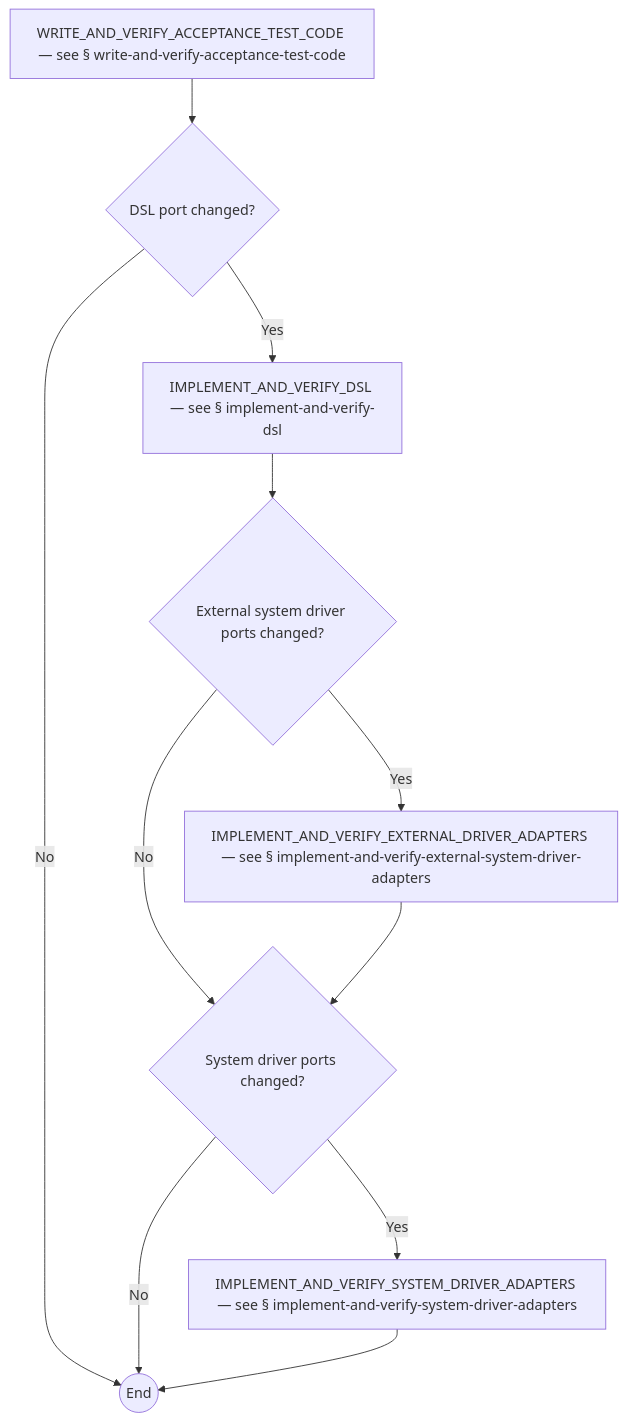
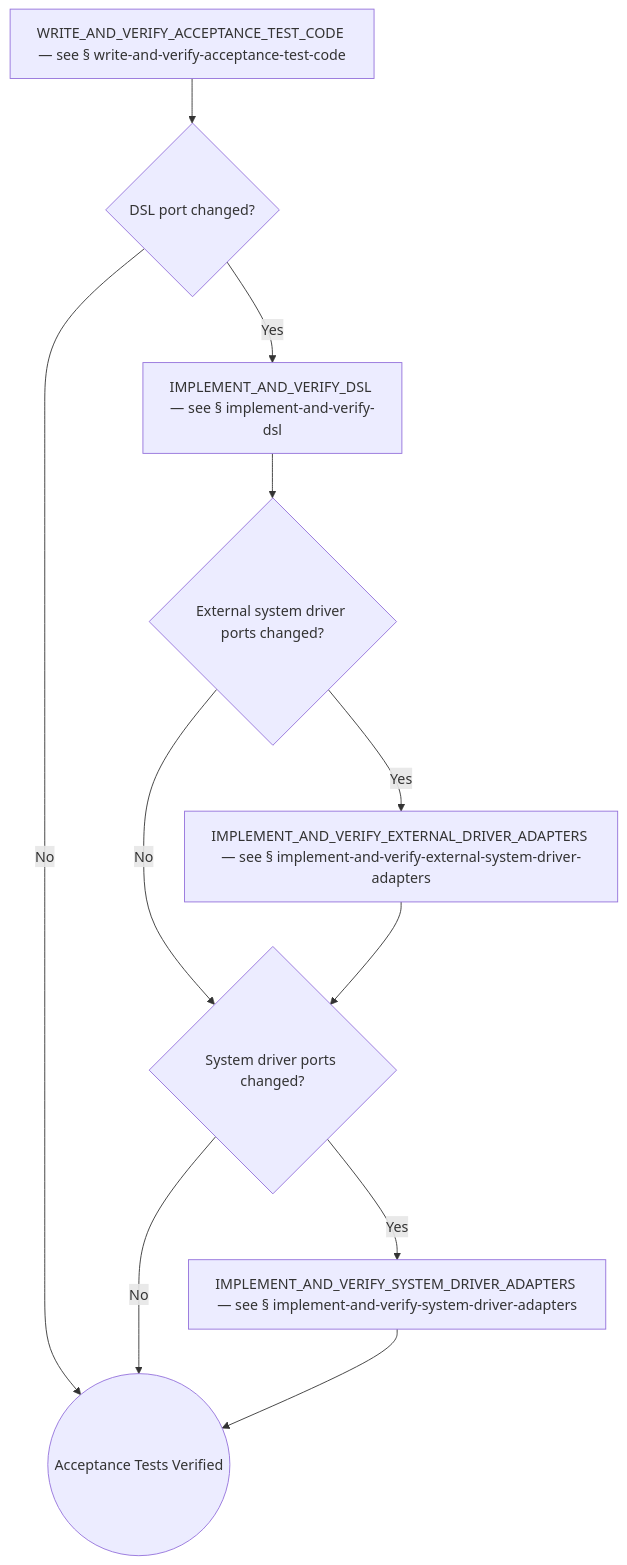
One commit to optivem/gh-optivem changed diagram 15 of 50 in docs/process-diagram.md. Above: the diagram before and after it, drawn with Mermaid. The commit also changed other lines of this file and 5 other files, not shown here.

````diff
--- a/docs/process-diagram.md
+++ b/docs/process-diagram.md
@@ -298,22 +333,22 @@
 ```mermaid
 flowchart TD
     GATE_DSL_PORT_CHANGED{DSL port changed?}
     GATE_EXTERNAL_DRIVER_PORTS_CHANGED{External system driver ports changed?}
     GATE_SYSTEM_DRIVER_PORTS_CHANGED{System driver ports changed?}
     IMPLEMENT_AND_VERIFY_DSL[IMPLEMENT_AND_VERIFY_DSL — see § implement-and-verify-dsl]
     IMPLEMENT_AND_VERIFY_EXTERNAL_DRIVER_ADAPTERS[IMPLEMENT_AND_VERIFY_EXTERNAL_DRIVER_ADAPTERS — see § implement-and-verify-external-system-driver-adapters]
     IMPLEMENT_AND_VERIFY_SYSTEM_DRIVER_ADAPTERS[IMPLEMENT_AND_VERIFY_SYSTEM_DRIVER_ADAPTERS — see § implement-and-verify-system-driver-adapters]
-    WAV_AT_END((End))
+    WAV_AT_END((Acceptance Tests Verified))
     WRITE_AND_VERIFY_ACCEPTANCE_TEST_CODE[WRITE_AND_VERIFY_ACCEPTANCE_TEST_CODE — see § write-and-verify-acceptance-test-code]
 
     WRITE_AND_VERIFY_ACCEPTANCE_TEST_CODE --> GATE_DSL_PORT_CHANGED
     GATE_DSL_PORT_CHANGED -- Yes --> IMPLEMENT_AND_VERIFY_DSL
     GATE_DSL_PORT_CHANGED -- No --> WAV_AT_END
     IMPLEMENT_AND_VERIFY_DSL --> GATE_EXTERNAL_DRIVER_PORTS_CHANGED
     GATE_EXTERNAL_DRIVER_PORTS_CHANGED -- Yes --> IMPLEMENT_AND_VERIFY_EXTERNAL_DRIVER_ADAPTERS
     GATE_EXTERNAL_DRIVER_PORTS_CHANGED -- No --> GATE_SYSTEM_DRIVER_PORTS_CHANGED
     IMPLEMENT_AND_VERIFY_EXTERNAL_DRIVER_ADAPTERS --> GATE_SYSTEM_DRIVER_PORTS_CHANGED
     GATE_SYSTEM_DRIVER_PORTS_CHANGED -- Yes --> IMPLEMENT_AND_VERIFY_SYSTEM_DRIVER_ADAPTERS
     GATE_SYSTEM_DRIVER_PORTS_CHANGED -- No --> WAV_AT_END
     IMPLEMENT_AND_VERIFY_SYSTEM_DRIVER_ADAPTERS --> WAV_AT_END
 ```
````
